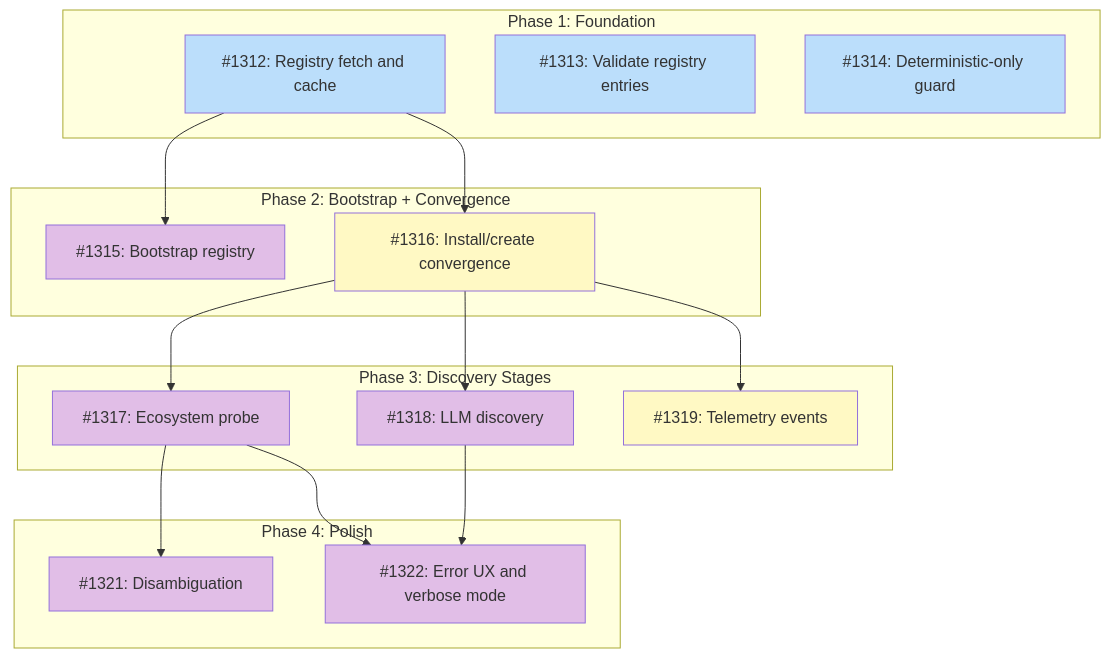
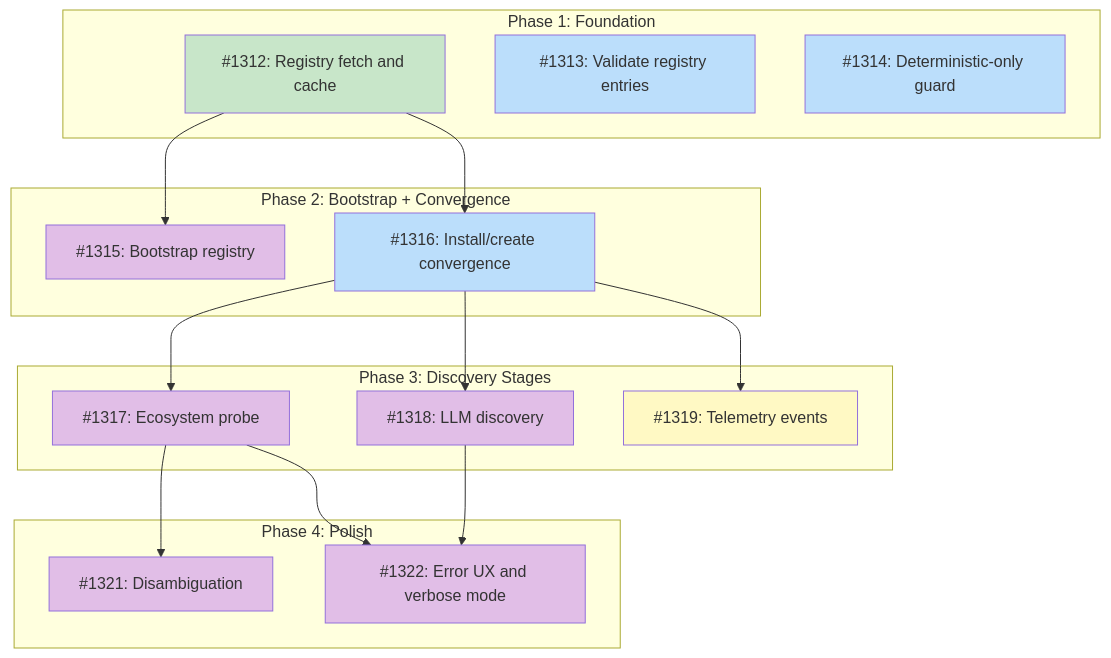
One commit to tsukumogami/tsuku changed the diagram in docs/designs/DESIGN-discovery-resolver.md. Above: the diagram before and after it, drawn with Mermaid. The commit also changed 3 other files, not shown here.

````diff
--- a/docs/designs/DESIGN-discovery-resolver.md
+++ b/docs/designs/DESIGN-discovery-resolver.md
@@ -58,42 +58,44 @@
 ```mermaid
 graph TD
     subgraph Phase1["Phase 1: Foundation"]
         I1312["#1312: Registry fetch and cache"]
         I1313["#1313: Validate registry entries"]
         I1314["#1314: Deterministic-only guard"]
     end
 
     subgraph Phase2["Phase 2: Bootstrap + Convergence"]
         I1315["#1315: Bootstrap registry"]
         I1316["#1316: Install/create convergence"]
     end
 
     subgraph Phase3["Phase 3: Discovery Stages"]
         I1317["#1317: Ecosystem probe"]
         I1318["#1318: LLM discovery"]
         I1319["#1319: Telemetry events"]
     end
 
     subgraph Phase4["Phase 4: Polish"]
         I1321["#1321: Disambiguation"]
         I1322["#1322: Error UX and verbose mode"]
     end
 
     I1312 --> I1315
     I1312 --> I1316
     I1316 --> I1317
     I1316 --> I1318
     I1316 --> I1319
     I1317 --> I1321
     I1317 --> I1322
     I1318 --> I1322
 
     classDef done fill:#c8e6c9
     classDef ready fill:#bbdefb
     classDef blocked fill:#fff9c4
     classDef needsDesign fill:#e1bee7
 
-    class I1312,I1313,I1314 ready
-    class I1316,I1319 blocked
+    class I1312 done
+    class I1313,I1314 ready
+    class I1319 blocked
+    class I1316 ready
     class I1315,I1317,I1318,I1321,I1322 needsDesign
 ```
````
